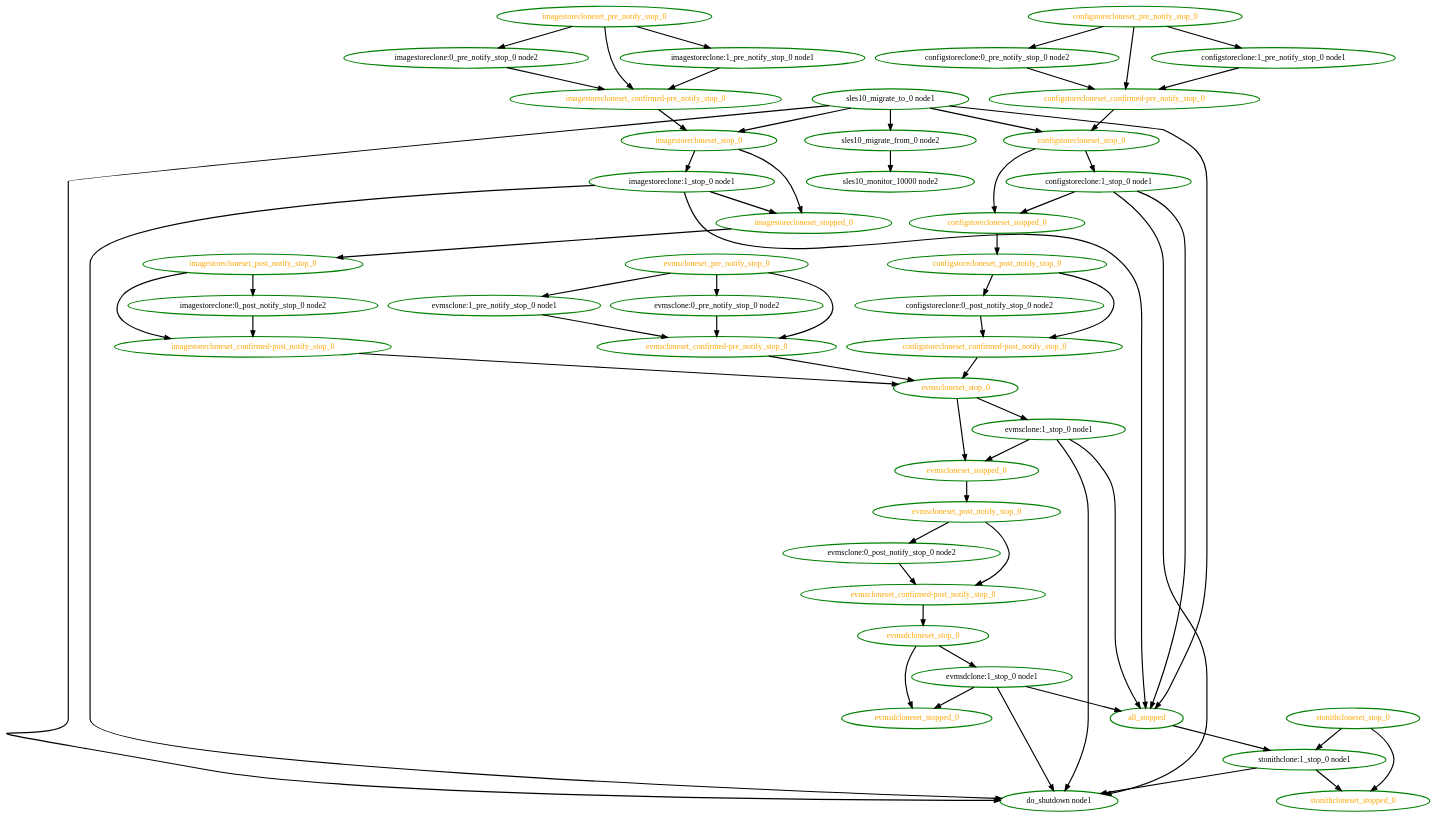
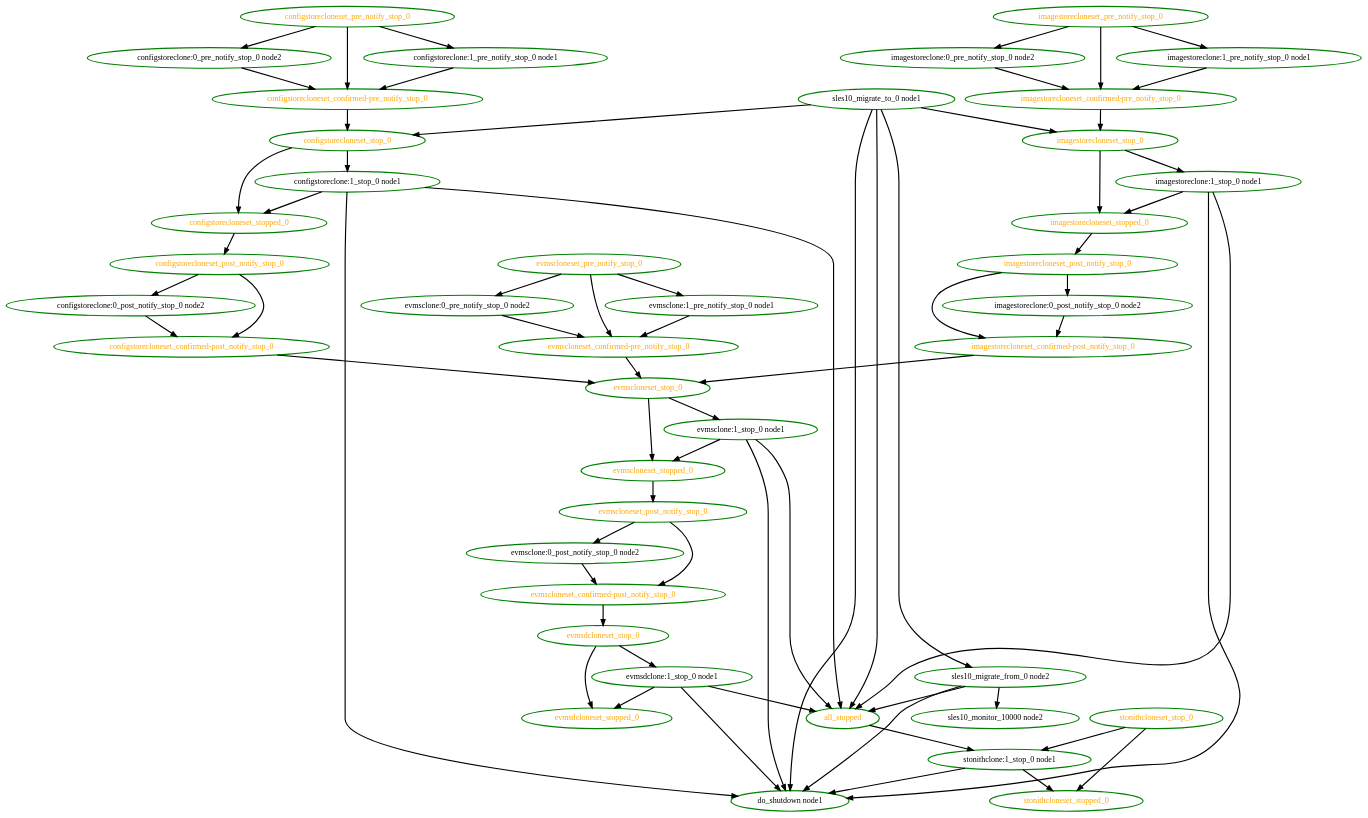
One commit to linux-ha-japan/pm_diskd changed the diagram in pengine/testcases/novell-252693.dot. Above: the diagram before and after it, drawn with Graphviz. The commit also changed 10 other files, not shown here.

```diff
--- a/pengine/testcases/novell-252693.dot
+++ b/pengine/testcases/novell-252693.dot
@@ -1,107 +1,109 @@
  digraph "g" {
 "all_stopped" -> "stonithclone:1_stop_0 node1" [ style = bold]
 "all_stopped" [ style=bold color="green" fontcolor="orange"  ]
 "configstoreclone:0_post_notify_stop_0 node2" -> "configstorecloneset_confirmed-post_notify_stop_0" [ style = bold]
 "configstoreclone:0_post_notify_stop_0 node2" [ style=bold color="green" fontcolor="black"  ]
 "configstoreclone:0_pre_notify_stop_0 node2" -> "configstorecloneset_confirmed-pre_notify_stop_0" [ style = bold]
 "configstoreclone:0_pre_notify_stop_0 node2" [ style=bold color="green" fontcolor="black"  ]
 "configstoreclone:1_pre_notify_stop_0 node1" -> "configstorecloneset_confirmed-pre_notify_stop_0" [ style = bold]
 "configstoreclone:1_pre_notify_stop_0 node1" [ style=bold color="green" fontcolor="black"  ]
 "configstoreclone:1_stop_0 node1" -> "all_stopped" [ style = bold]
 "configstoreclone:1_stop_0 node1" -> "configstorecloneset_stopped_0" [ style = bold]
 "configstoreclone:1_stop_0 node1" -> "do_shutdown node1" [ style = bold]
 "configstoreclone:1_stop_0 node1" [ style=bold color="green" fontcolor="black"  ]
 "configstorecloneset_confirmed-post_notify_stop_0" -> "evmscloneset_stop_0" [ style = bold]
 "configstorecloneset_confirmed-post_notify_stop_0" [ style=bold color="green" fontcolor="orange"  ]
 "configstorecloneset_confirmed-pre_notify_stop_0" -> "configstorecloneset_stop_0" [ style = bold]
 "configstorecloneset_confirmed-pre_notify_stop_0" [ style=bold color="green" fontcolor="orange"  ]
 "configstorecloneset_post_notify_stop_0" -> "configstoreclone:0_post_notify_stop_0 node2" [ style = bold]
 "configstorecloneset_post_notify_stop_0" -> "configstorecloneset_confirmed-post_notify_stop_0" [ style = bold]
 "configstorecloneset_post_notify_stop_0" [ style=bold color="green" fontcolor="orange"  ]
 "configstorecloneset_pre_notify_stop_0" -> "configstoreclone:0_pre_notify_stop_0 node2" [ style = bold]
 "configstorecloneset_pre_notify_stop_0" -> "configstoreclone:1_pre_notify_stop_0 node1" [ style = bold]
 "configstorecloneset_pre_notify_stop_0" -> "configstorecloneset_confirmed-pre_notify_stop_0" [ style = bold]
 "configstorecloneset_pre_notify_stop_0" [ style=bold color="green" fontcolor="orange"  ]
 "configstorecloneset_stop_0" -> "configstoreclone:1_stop_0 node1" [ style = bold]
 "configstorecloneset_stop_0" -> "configstorecloneset_stopped_0" [ style = bold]
 "configstorecloneset_stop_0" [ style=bold color="green" fontcolor="orange"  ]
 "configstorecloneset_stopped_0" -> "configstorecloneset_post_notify_stop_0" [ style = bold]
 "configstorecloneset_stopped_0" [ style=bold color="green" fontcolor="orange"  ]
 "do_shutdown node1" [ style=bold color="green" fontcolor="black"  ]
 "evmsclone:0_post_notify_stop_0 node2" -> "evmscloneset_confirmed-post_notify_stop_0" [ style = bold]
 "evmsclone:0_post_notify_stop_0 node2" [ style=bold color="green" fontcolor="black"  ]
 "evmsclone:0_pre_notify_stop_0 node2" -> "evmscloneset_confirmed-pre_notify_stop_0" [ style = bold]
 "evmsclone:0_pre_notify_stop_0 node2" [ style=bold color="green" fontcolor="black"  ]
 "evmsclone:1_pre_notify_stop_0 node1" -> "evmscloneset_confirmed-pre_notify_stop_0" [ style = bold]
 "evmsclone:1_pre_notify_stop_0 node1" [ style=bold color="green" fontcolor="black"  ]
 "evmsclone:1_stop_0 node1" -> "all_stopped" [ style = bold]
 "evmsclone:1_stop_0 node1" -> "do_shutdown node1" [ style = bold]
 "evmsclone:1_stop_0 node1" -> "evmscloneset_stopped_0" [ style = bold]
 "evmsclone:1_stop_0 node1" [ style=bold color="green" fontcolor="black"  ]
 "evmscloneset_confirmed-post_notify_stop_0" -> "evmsdcloneset_stop_0" [ style = bold]
 "evmscloneset_confirmed-post_notify_stop_0" [ style=bold color="green" fontcolor="orange"  ]
 "evmscloneset_confirmed-pre_notify_stop_0" -> "evmscloneset_stop_0" [ style = bold]
 "evmscloneset_confirmed-pre_notify_stop_0" [ style=bold color="green" fontcolor="orange"  ]
 "evmscloneset_post_notify_stop_0" -> "evmsclone:0_post_notify_stop_0 node2" [ style = bold]
 "evmscloneset_post_notify_stop_0" -> "evmscloneset_confirmed-post_notify_stop_0" [ style = bold]
 "evmscloneset_post_notify_stop_0" [ style=bold color="green" fontcolor="orange"  ]
 "evmscloneset_pre_notify_stop_0" -> "evmsclone:0_pre_notify_stop_0 node2" [ style = bold]
 "evmscloneset_pre_notify_stop_0" -> "evmsclone:1_pre_notify_stop_0 node1" [ style = bold]
 "evmscloneset_pre_notify_stop_0" -> "evmscloneset_confirmed-pre_notify_stop_0" [ style = bold]
 "evmscloneset_pre_notify_stop_0" [ style=bold color="green" fontcolor="orange"  ]
 "evmscloneset_stop_0" -> "evmsclone:1_stop_0 node1" [ style = bold]
 "evmscloneset_stop_0" -> "evmscloneset_stopped_0" [ style = bold]
 "evmscloneset_stop_0" [ style=bold color="green" fontcolor="orange"  ]
 "evmscloneset_stopped_0" -> "evmscloneset_post_notify_stop_0" [ style = bold]
 "evmscloneset_stopped_0" [ style=bold color="green" fontcolor="orange"  ]
 "evmsdclone:1_stop_0 node1" -> "all_stopped" [ style = bold]
 "evmsdclone:1_stop_0 node1" -> "do_shutdown node1" [ style = bold]
 "evmsdclone:1_stop_0 node1" -> "evmsdcloneset_stopped_0" [ style = bold]
 "evmsdclone:1_stop_0 node1" [ style=bold color="green" fontcolor="black"  ]
 "evmsdcloneset_stop_0" -> "evmsdclone:1_stop_0 node1" [ style = bold]
 "evmsdcloneset_stop_0" -> "evmsdcloneset_stopped_0" [ style = bold]
 "evmsdcloneset_stop_0" [ style=bold color="green" fontcolor="orange"  ]
 "evmsdcloneset_stopped_0" [ style=bold color="green" fontcolor="orange"  ]
 "imagestoreclone:0_post_notify_stop_0 node2" -> "imagestorecloneset_confirmed-post_notify_stop_0" [ style = bold]
 "imagestoreclone:0_post_notify_stop_0 node2" [ style=bold color="green" fontcolor="black"  ]
 "imagestoreclone:0_pre_notify_stop_0 node2" -> "imagestorecloneset_confirmed-pre_notify_stop_0" [ style = bold]
 "imagestoreclone:0_pre_notify_stop_0 node2" [ style=bold color="green" fontcolor="black"  ]
 "imagestoreclone:1_pre_notify_stop_0 node1" -> "imagestorecloneset_confirmed-pre_notify_stop_0" [ style = bold]
 "imagestoreclone:1_pre_notify_stop_0 node1" [ style=bold color="green" fontcolor="black"  ]
 "imagestoreclone:1_stop_0 node1" -> "all_stopped" [ style = bold]
 "imagestoreclone:1_stop_0 node1" -> "do_shutdown node1" [ style = bold]
 "imagestoreclone:1_stop_0 node1" -> "imagestorecloneset_stopped_0" [ style = bold]
 "imagestoreclone:1_stop_0 node1" [ style=bold color="green" fontcolor="black"  ]
 "imagestorecloneset_confirmed-post_notify_stop_0" -> "evmscloneset_stop_0" [ style = bold]
 "imagestorecloneset_confirmed-post_notify_stop_0" [ style=bold color="green" fontcolor="orange"  ]
 "imagestorecloneset_confirmed-pre_notify_stop_0" -> "imagestorecloneset_stop_0" [ style = bold]
 "imagestorecloneset_confirmed-pre_notify_stop_0" [ style=bold color="green" fontcolor="orange"  ]
 "imagestorecloneset_post_notify_stop_0" -> "imagestoreclone:0_post_notify_stop_0 node2" [ style = bold]
 "imagestorecloneset_post_notify_stop_0" -> "imagestorecloneset_confirmed-post_notify_stop_0" [ style = bold]
 "imagestorecloneset_post_notify_stop_0" [ style=bold color="green" fontcolor="orange"  ]
 "imagestorecloneset_pre_notify_stop_0" -> "imagestoreclone:0_pre_notify_stop_0 node2" [ style = bold]
 "imagestorecloneset_pre_notify_stop_0" -> "imagestoreclone:1_pre_notify_stop_0 node1" [ style = bold]
 "imagestorecloneset_pre_notify_stop_0" -> "imagestorecloneset_confirmed-pre_notify_stop_0" [ style = bold]
 "imagestorecloneset_pre_notify_stop_0" [ style=bold color="green" fontcolor="orange"  ]
 "imagestorecloneset_stop_0" -> "imagestoreclone:1_stop_0 node1" [ style = bold]
 "imagestorecloneset_stop_0" -> "imagestorecloneset_stopped_0" [ style = bold]
 "imagestorecloneset_stop_0" [ style=bold color="green" fontcolor="orange"  ]
 "imagestorecloneset_stopped_0" -> "imagestorecloneset_post_notify_stop_0" [ style = bold]
 "imagestorecloneset_stopped_0" [ style=bold color="green" fontcolor="orange"  ]
+"sles10_migrate_from_0 node2" -> "all_stopped" [ style = bold]
+"sles10_migrate_from_0 node2" -> "do_shutdown node1" [ style = bold]
 "sles10_migrate_from_0 node2" -> "sles10_monitor_10000 node2" [ style = bold]
 "sles10_migrate_from_0 node2" [ style=bold color="green" fontcolor="black"  ]
 "sles10_migrate_to_0 node1" -> "all_stopped" [ style = bold]
 "sles10_migrate_to_0 node1" -> "configstorecloneset_stop_0" [ style = bold]
 "sles10_migrate_to_0 node1" -> "do_shutdown node1" [ style = bold]
 "sles10_migrate_to_0 node1" -> "imagestorecloneset_stop_0" [ style = bold]
 "sles10_migrate_to_0 node1" -> "sles10_migrate_from_0 node2" [ style = bold]
 "sles10_migrate_to_0 node1" [ style=bold color="green" fontcolor="black"  ]
 "sles10_monitor_10000 node2" [ style=bold color="green" fontcolor="black"  ]
 "stonithclone:1_stop_0 node1" -> "do_shutdown node1" [ style = bold]
 "stonithclone:1_stop_0 node1" -> "stonithcloneset_stopped_0" [ style = bold]
 "stonithclone:1_stop_0 node1" [ style=bold color="green" fontcolor="black"  ]
 "stonithcloneset_stop_0" -> "stonithclone:1_stop_0 node1" [ style = bold]
 "stonithcloneset_stop_0" -> "stonithcloneset_stopped_0" [ style = bold]
 "stonithcloneset_stop_0" [ style=bold color="green" fontcolor="orange"  ]
 "stonithcloneset_stopped_0" [ style=bold color="green" fontcolor="orange"  ]
 }
```
